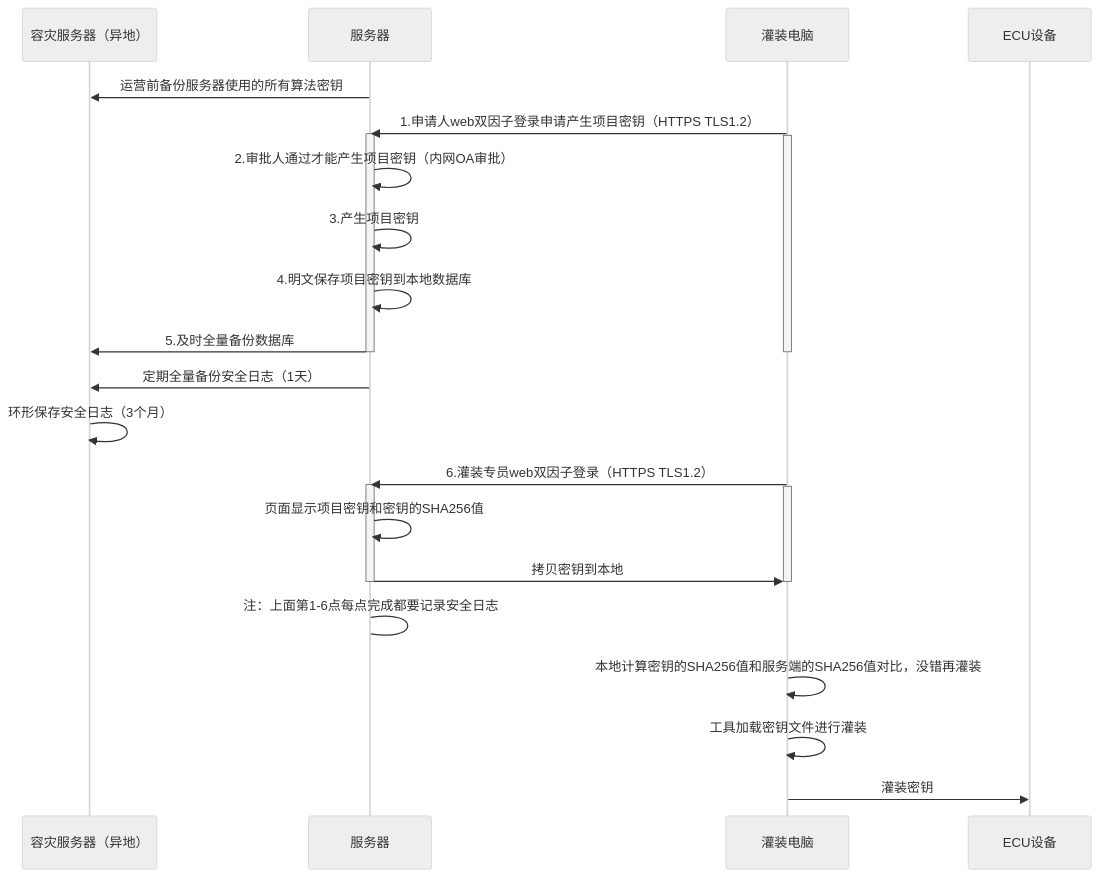
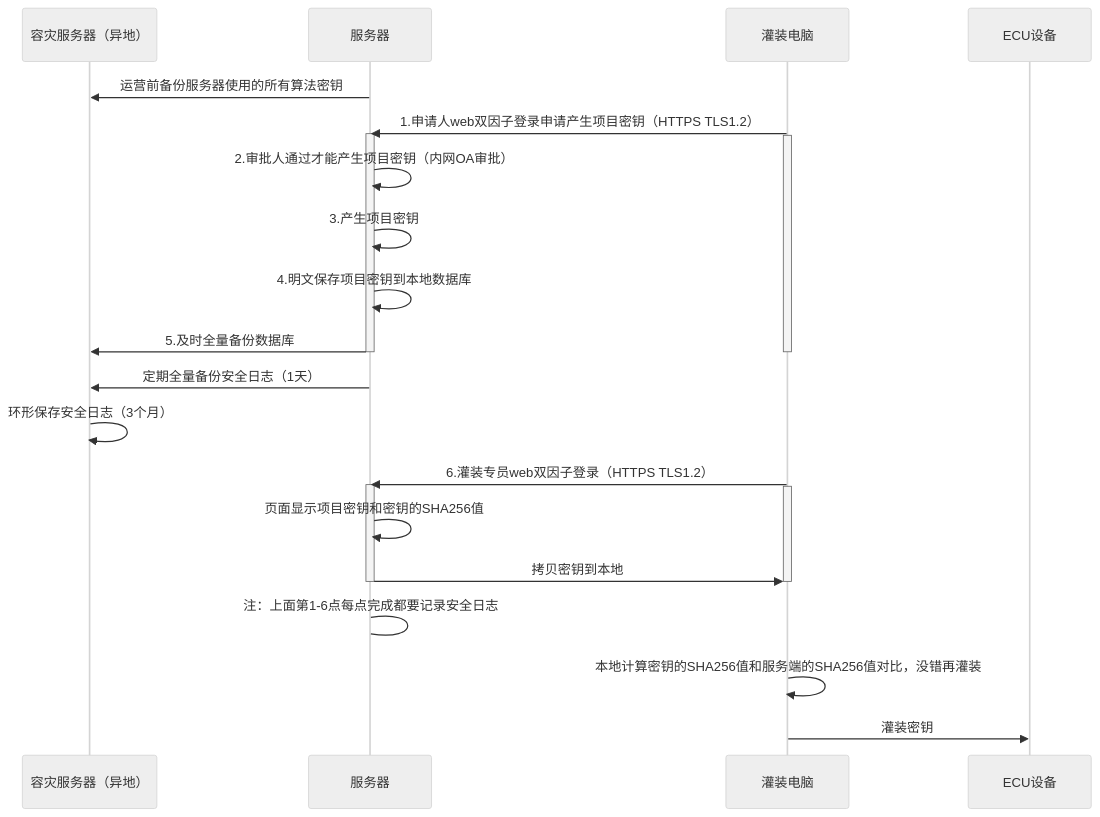
Before and after one commit to facebook-cloud/iodraw-files: the diagram in all/未命名-20.md, drawn with Mermaid (neutral theme).

Commit message:
2026-03-28 09:42:20 update

````diff
--- a/all/未命名-20.md
+++ b/all/未命名-20.md
@@ -1,36 +1,35 @@
 ```mermaid
 sequenceDiagram
     participant A as 容灾服务器（异地）
     participant B as 服务器
     participant D as 灌装电脑
     participant E as ECU设备
 
     B->>A: 运营前备份服务器使用的所有算法密钥
     D->>B: 1.申请人web双因子登录申请产生项目密钥（HTTPS TLS1.2）
     activate B
     activate D
     B->>B: 2.审批人通过才能产生项目密钥（内网OA审批）
     B->>B: 3.产生项目密钥
     B->>B: 4.明文保存项目密钥到本地数据库
     B->>A: 5.及时全量备份数据库
 
     deactivate B
     deactivate D
 
     B->>A: 定期全量备份安全日志（1天）
     A->>A: 环形保存安全日志（3个月）
     
     D->>B: 6.灌装专员web双因子登录（HTTPS TLS1.2）
     activate B
     activate D
     B->>B: 页面显示项目密钥和密钥的SHA256值
     B->>D: 拷贝密钥到本地
     deactivate B
     deactivate D
     B->B: 注：上面第1-6点每点完成都要记录安全日志
 
     D->>D:本地计算密钥的SHA256值和服务端的SHA256值对比，没错再灌装
-    D->>D:工具加载密钥文件进行灌装
     
     D->>E: 灌装密钥
 ```
````
